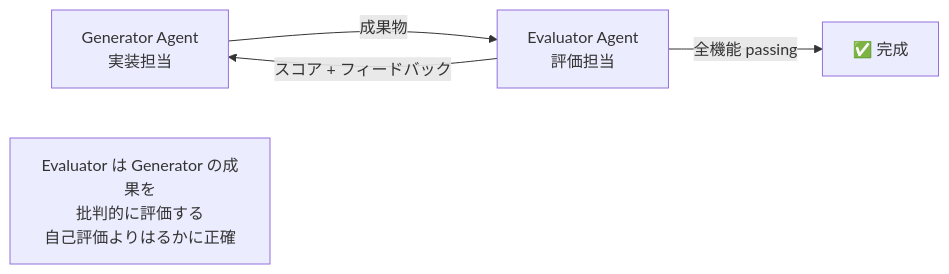
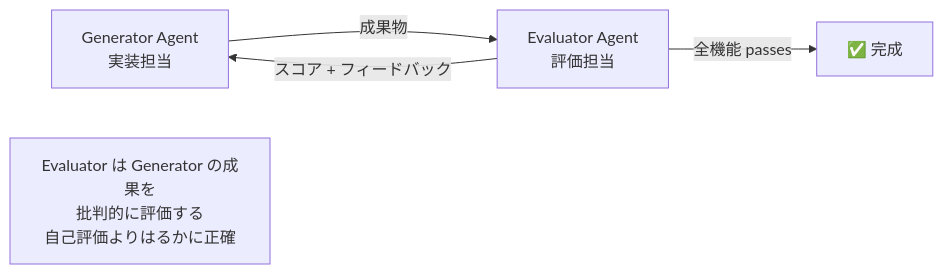
Before and after one commit to myoshi2891/Comparison-of-LLMs: diagram 12 of 12 in harness-engineering-complete-guide.md, drawn with Mermaid. The commit also changed other lines of this file and 3 other files, not shown here.

````diff
--- a/harness-engineering-complete-guide.md
+++ b/harness-engineering-complete-guide.md
@@ -426,8 +426,8 @@
 ```mermaid
 flowchart LR
     G[Generator Agent\n実装担当] -->|成果物| E[Evaluator Agent\n評価担当]
     E -->|スコア + フィードバック| G
-    E -->|全機能 passing| DONE[✅ 完成]
+    E -->|全機能 passes| DONE[✅ 完成]
 
     note1["Evaluator は Generator の成果を\n批判的に評価する\n自己評価よりはるかに正確"]
 ```
````
